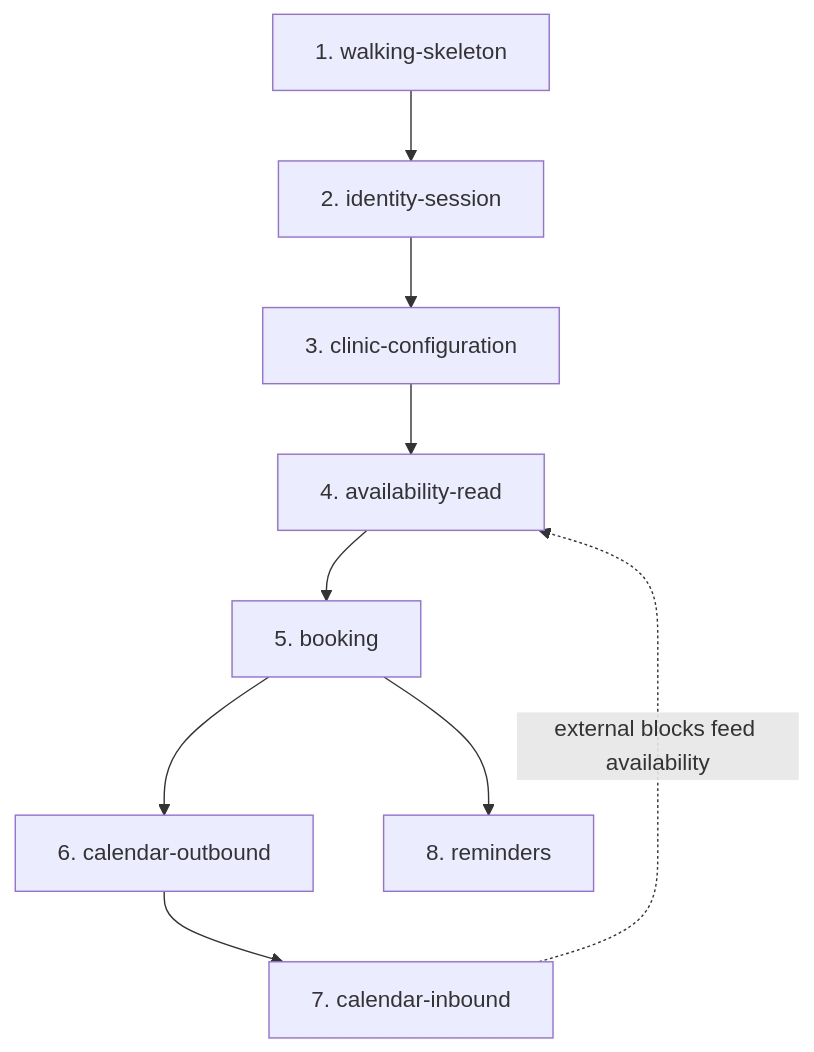
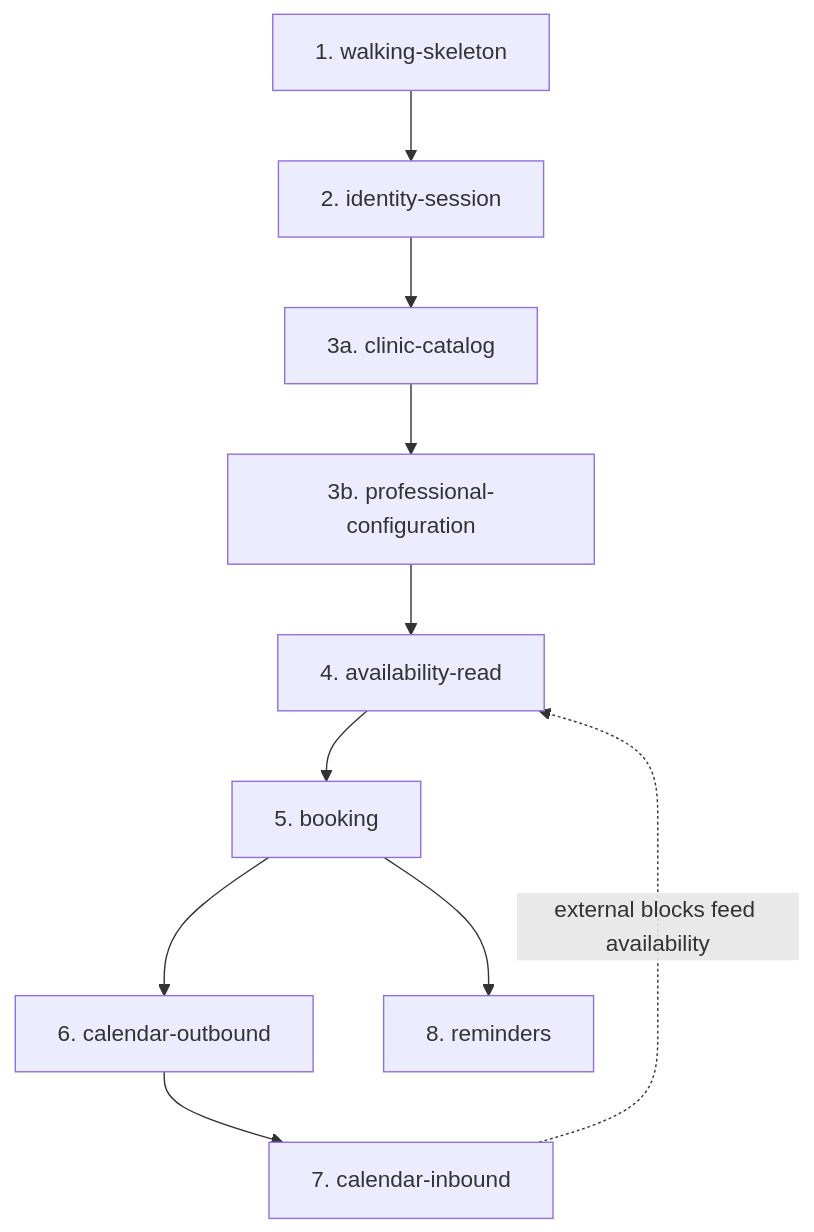
The diagram in docs/05-openspec-workflow.md (PedroCalabria/clinic_scheduling), drawn with Mermaid before and after one commit. The commit also changed other lines of this file and 3 other files, not shown here.

First line of the commit message:
docs(build-order): split change 3 into a catalog half and a professional half

````diff
--- a/docs/05-openspec-workflow.md
+++ b/docs/05-openspec-workflow.md
@@ -57,15 +60,16 @@
 ```mermaid
 flowchart TB
   c1["1. walking-skeleton"]
   c2["2. identity-session"]
-  c3["3. clinic-configuration"]
+  c3a["3a. clinic-catalog"]
+  c3b["3b. professional-configuration"]
   c4["4. availability-read"]
   c5["5. booking"]
   c6["6. calendar-outbound"]
   c7["7. calendar-inbound"]
   c8["8. reminders"]
-  c1 --> c2 --> c3 --> c4 --> c5
+  c1 --> c2 --> c3a --> c3b --> c4 --> c5
   c5 --> c6 --> c7
   c5 --> c8
   c7 -.->|external blocks feed availability| c4
 ```
````
